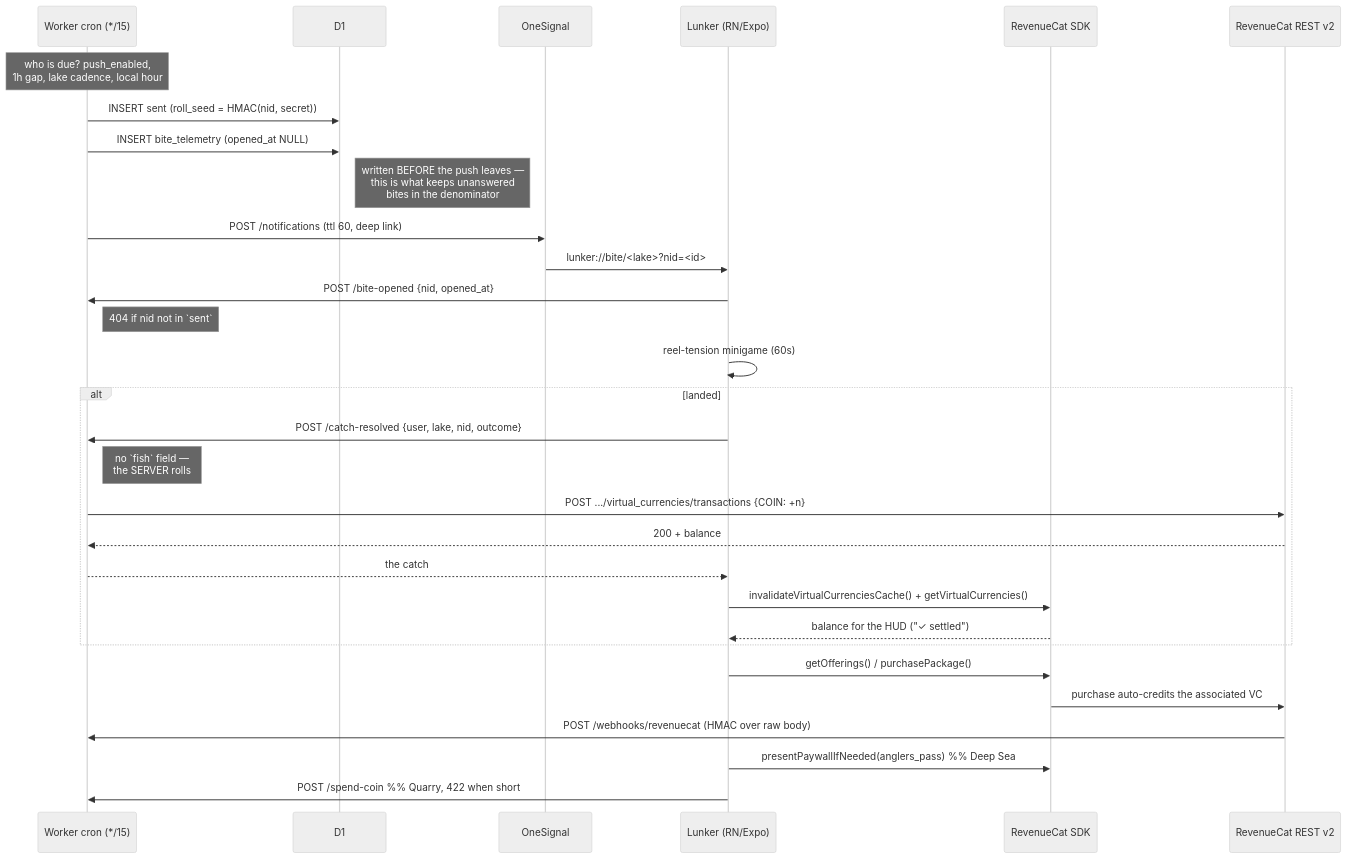
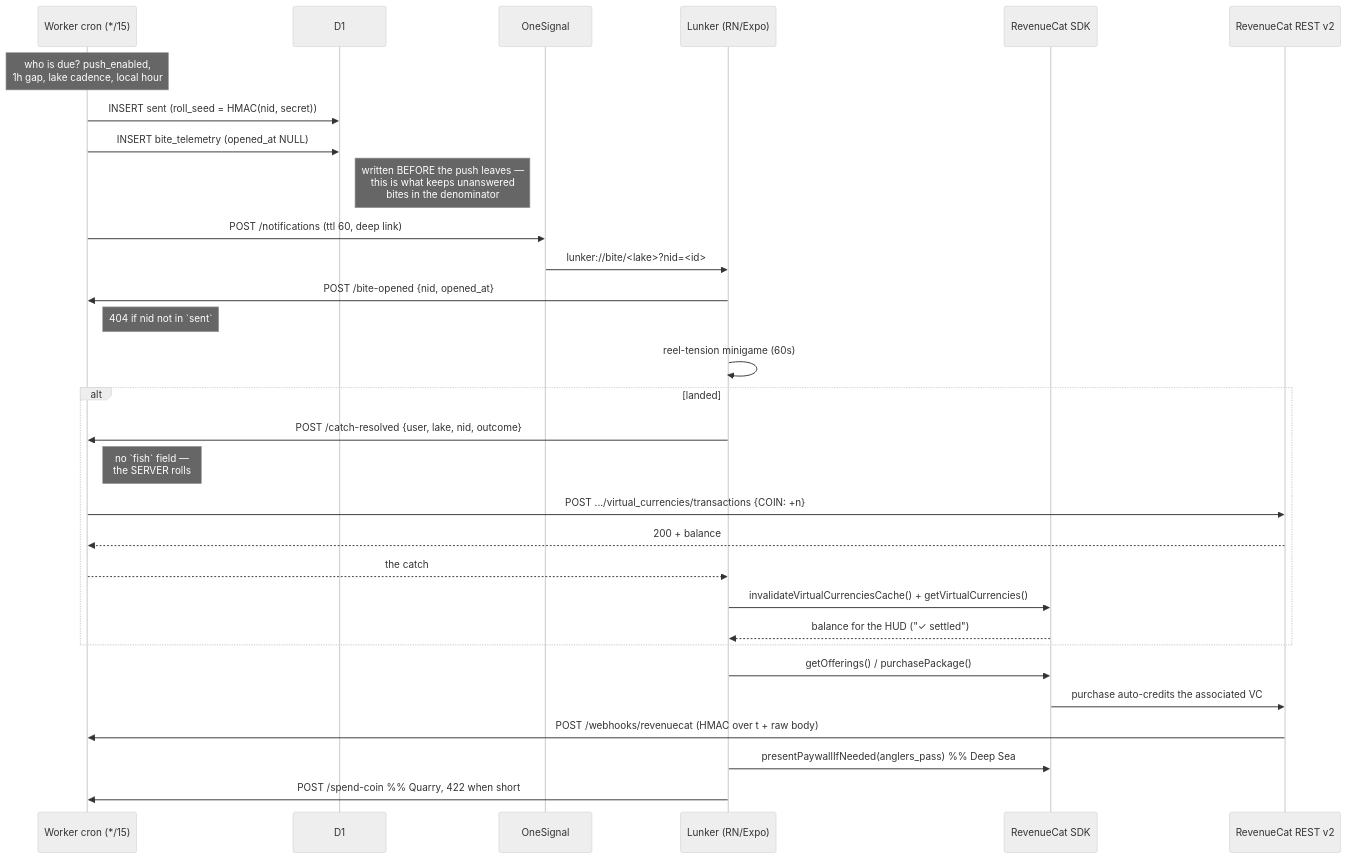
The diagram in ARCHITECTURE.md (edycutjong/lunker), drawn with Mermaid (neutral theme) before and after one commit. The commit also changed other lines of this file and 12 other files, not shown here.

````diff
--- a/ARCHITECTURE.md
+++ b/ARCHITECTURE.md
@@ -26,37 +26,37 @@
 ```mermaid
 sequenceDiagram
     participant Cron as Worker cron (*/15)
     participant D1 as D1
     participant OS as OneSignal
     participant App as Lunker (RN/Expo)
     participant RC as RevenueCat SDK
     participant API as RevenueCat REST v2
 
     Note over Cron: who is due? push_enabled,<br/>1h gap, lake cadence, local hour
     Cron->>D1: INSERT sent (roll_seed = HMAC(nid, secret))
     Cron->>D1: INSERT bite_telemetry (opened_at NULL)
     Note right of D1: written BEFORE the push leaves —<br/>this is what keeps unanswered<br/>bites in the denominator
     Cron->>OS: POST /notifications (ttl 60, deep link)
     OS->>App: lunker://bite/<lake>?nid=<id>
 
     App->>Cron: POST /bite-opened {nid, opened_at}
     Note right of Cron: 404 if nid not in `sent`
     App->>App: reel-tension minigame (60s)
 
     alt landed
         App->>Cron: POST /catch-resolved {user, lake, nid, outcome}
         Note right of Cron: no `fish` field —<br/>the SERVER rolls
         Cron->>API: POST .../virtual_currencies/transactions {COIN: +n}
         API-->>Cron: 200 + balance
         Cron-->>App: the catch
         App->>RC: invalidateVirtualCurrenciesCache() + getVirtualCurrencies()
         RC-->>App: balance for the HUD ("✓ settled")
     end
 
     App->>RC: getOfferings() / purchasePackage()
     RC->>API: purchase auto-credits the associated VC
-    API->>Cron: POST /webhooks/revenuecat (HMAC over raw body)
+    API->>Cron: POST /webhooks/revenuecat (HMAC over t + raw body)
 
     App->>RC: presentPaywallIfNeeded(anglers_pass)  %% Deep Sea
     App->>Cron: POST /spend-coin  %% Quarry, 422 when short
 ```
````
